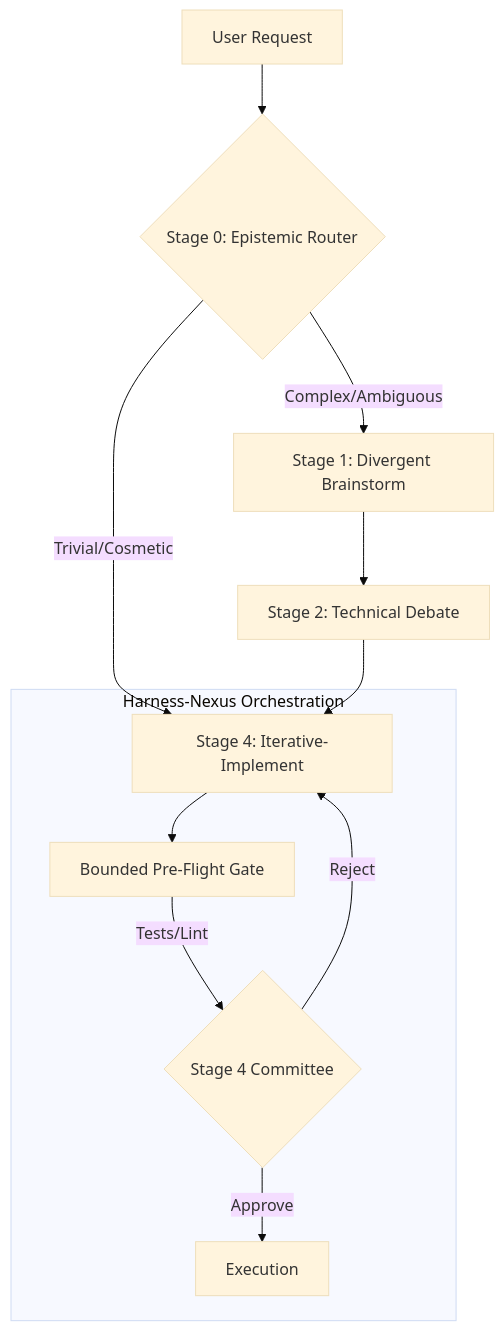
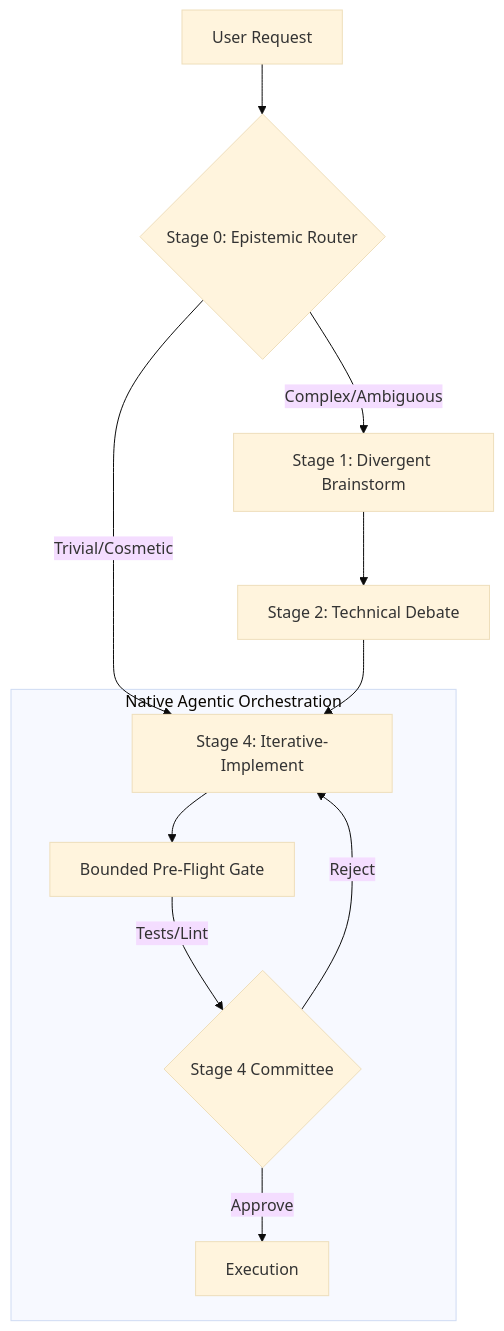
One commit to nferrer-dev/antigravity-core changed the diagram in README.md. Above: the diagram before and after it, drawn with Mermaid (base theme). The commit also changed other lines of this file and 2 other files, not shown here.

Commit message:
Deprecate obsolete harness-nexus MCP server

````diff
--- a/README.md
+++ b/README.md
@@ -18,15 +18,15 @@
 ```mermaid
 graph TD
     A[User Request] --> B{Stage 0: Epistemic Router}
     B -->|Trivial/Cosmetic| E[Stage 4: Iterative-Implement]
     B -->|Complex/Ambiguous| C[Stage 1: Divergent Brainstorm]
     C --> D[Stage 2: Technical Debate]
     D --> E
     
-    subgraph "Harness-Nexus Orchestration"
+    subgraph "Native Agentic Orchestration"
     E --> F[Bounded Pre-Flight Gate]
     F -->|Tests/Lint| G{Stage 4 Committee}
     G -->|Reject| E
     G -->|Approve| H[Execution]
     end
 ```
````
